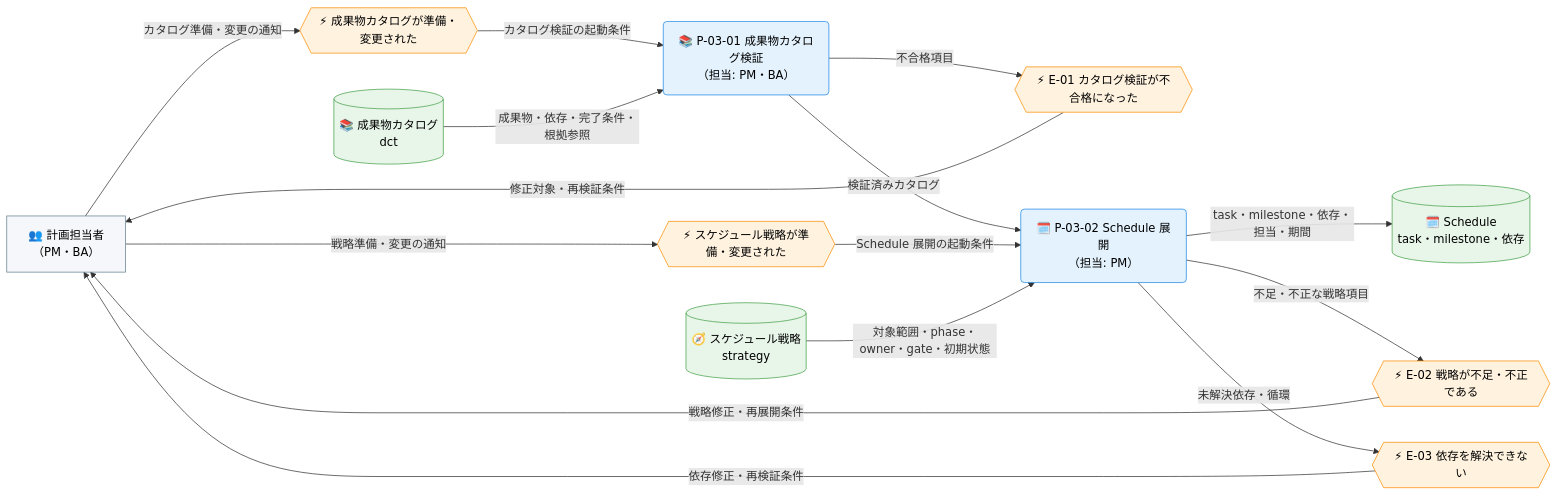
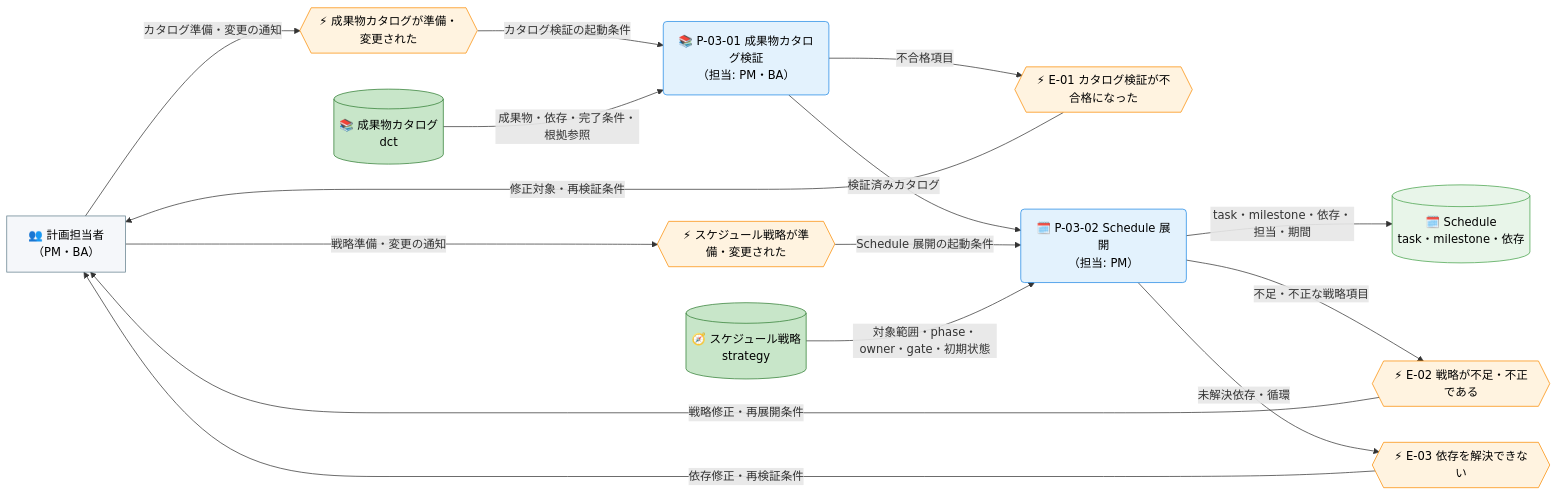
One commit to specdojo/specdojo changed the first of 2 diagrams in docs/ja/product/010-business-specs/010-data-flow/cdfd-catalog-planning.md. Above: the diagram before and after it, drawn with Mermaid. The commit also changed other lines of this file and 6 other files, not shown here.

````diff
--- a/docs/ja/product/010-business-specs/010-data-flow/cdfd-catalog-planning.md
+++ b/docs/ja/product/010-business-specs/010-data-flow/cdfd-catalog-planning.md
@@ -55,43 +55,45 @@
 ```mermaid
 flowchart LR
   classDef process fill:#e3f2fd,stroke:#1e88e5,color:#000
   classDef event fill:#fff3e0,stroke:#fb8c00,color:#000
-  classDef store fill:#e8f5e9,stroke:#43a047,color:#000
+  classDef storeMaster fill:#c8e6c9,stroke:#2e7d32,color:#000
+  classDef storeTransaction fill:#e8f5e9,stroke:#43a047,color:#000
   classDef actor fill:#f5f7fa,stroke:#607d8b,color:#000
 
   計画担当者["👥 計画担当者<br>（PM・BA）"]
 
   カタログ更新{{"⚡ 成果物カタログが準備・変更された"}}
   戦略更新{{"⚡ スケジュール戦略が準備・変更された"}}
   カタログ不合格{{"⚡ E-01 カタログ検証が不合格になった"}}
   戦略不足{{"⚡ E-02 戦略が不足・不正である"}}
   依存解決失敗{{"⚡ E-03 依存を解決できない"}}
 
   カタログ検証("📚 P-03-01 成果物カタログ検証<br>（担当: PM・BA）")
   Schedule展開("🗓️ P-03-02 Schedule 展開<br>（担当: PM）")
 
   成果物カタログ[("📚 成果物カタログ<br>dct")]
   スケジュール戦略[("🧭 スケジュール戦略<br>strategy")]
   Schedule[("🗓️ Schedule<br>task・milestone・依存")]
 
   計画担当者 -->|"カタログ準備・変更の通知"| カタログ更新
   カタログ更新 -->|"カタログ検証の起動条件"| カタログ検証
   成果物カタログ -->|"成果物・依存・完了条件・根拠参照"| カタログ検証
   カタログ検証 -->|"検証済みカタログ"| Schedule展開
   カタログ検証 -->|"不合格項目"| カタログ不合格
   カタログ不合格 -->|"修正対象・再検証条件"| 計画担当者
 
   計画担当者 -->|"戦略準備・変更の通知"| 戦略更新
   戦略更新 -->|"Schedule 展開の起動条件"| Schedule展開
   スケジュール戦略 -->|"対象範囲・phase・owner・gate・初期状態"| Schedule展開
   Schedule展開 -->|"task・milestone・依存・担当・期間"| Schedule
   Schedule展開 -->|"不足・不正な戦略項目"| 戦略不足
   Schedule展開 -->|"未解決依存・循環"| 依存解決失敗
   戦略不足 -->|"戦略修正・再展開条件"| 計画担当者
   依存解決失敗 -->|"依存修正・再検証条件"| 計画担当者
 
   class カタログ検証,Schedule展開 process
   class カタログ更新,戦略更新,カタログ不合格,戦略不足,依存解決失敗 event
-  class 成果物カタログ,スケジュール戦略,Schedule store
+  class 成果物カタログ,スケジュール戦略 storeMaster
+  class Schedule storeTransaction
   class 計画担当者 actor
 ```
````
